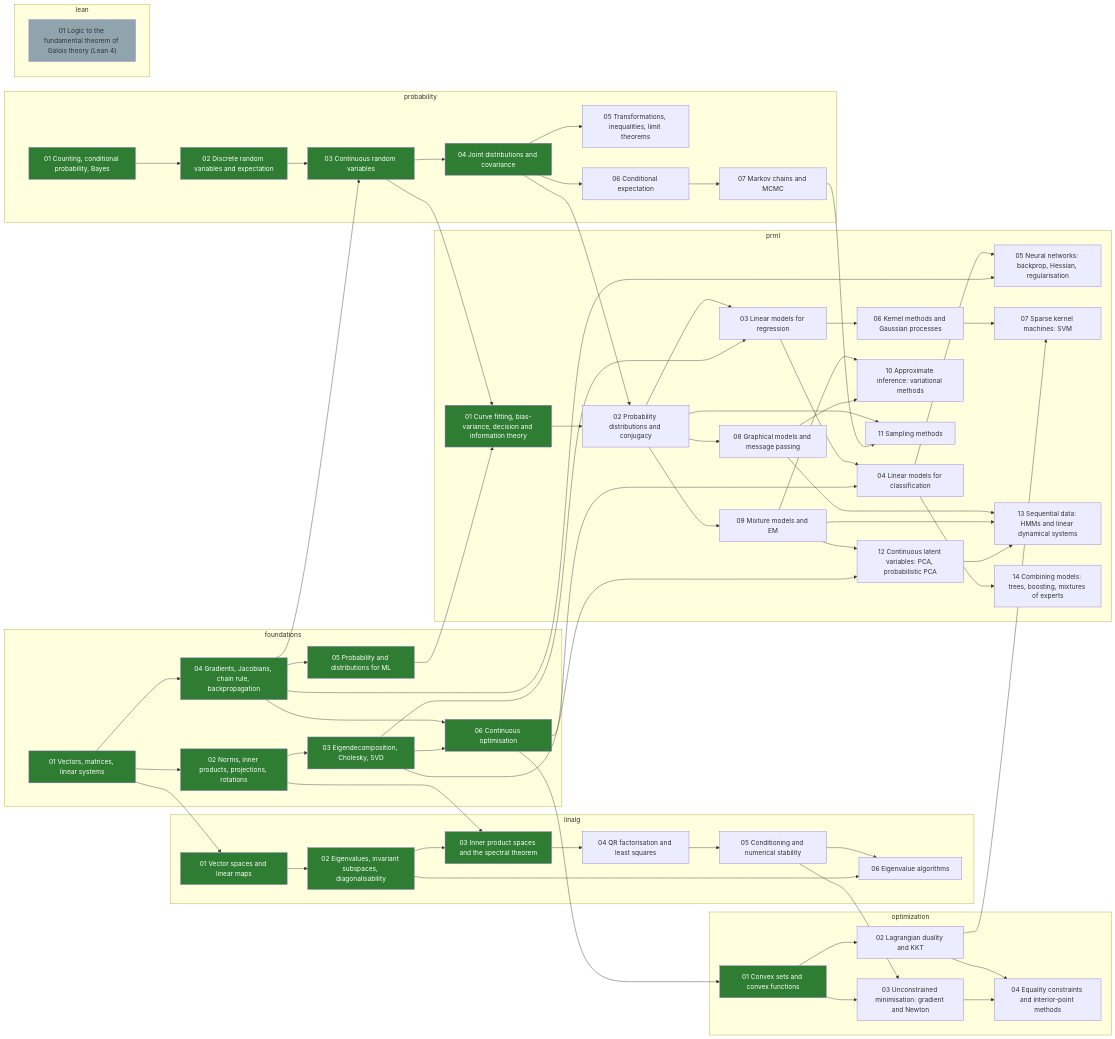
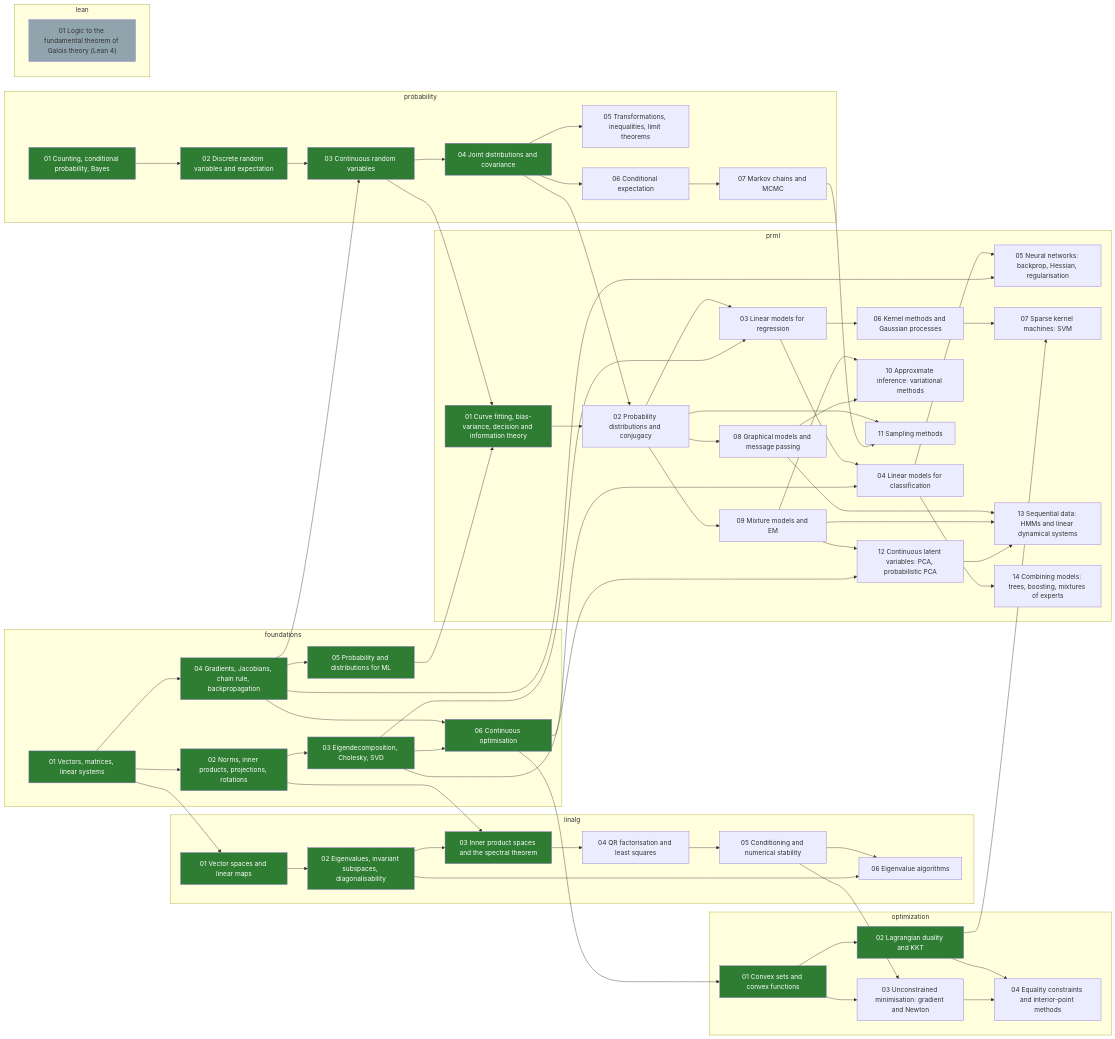
One commit to alektebel/learn-stuff-from-scratch changed the diagram in skill-tree/README.md. Above: the diagram before and after it, drawn with Mermaid. The commit also changed other lines of this file and 8 other files, not shown here.

First line of the commit message:
math: build optimization-02-duality

```diff
--- a/skill-tree/README.md
+++ b/skill-tree/README.md
@@ -96,7 +96,7 @@
   end
   subgraph optimization
     optimization-01-convexity["01 Convex sets and convex functions"]:::done
-    optimization-02-duality["02 Lagrangian duality and KKT"]
+    optimization-02-duality["02 Lagrangian duality and KKT"]:::done
     optimization-03-unconstrained["03 Unconstrained minimisation: gradient and Newton"]
     optimization-04-interior-point["04 Equality constraints and interior-point methods"]
   end
```
